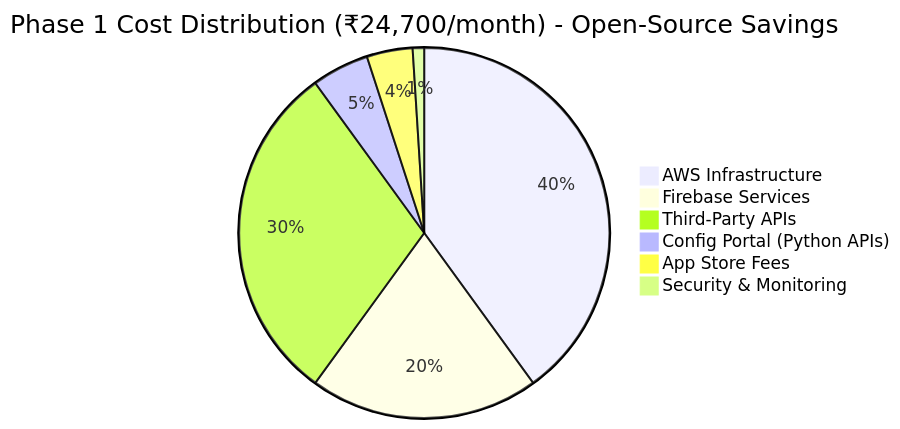
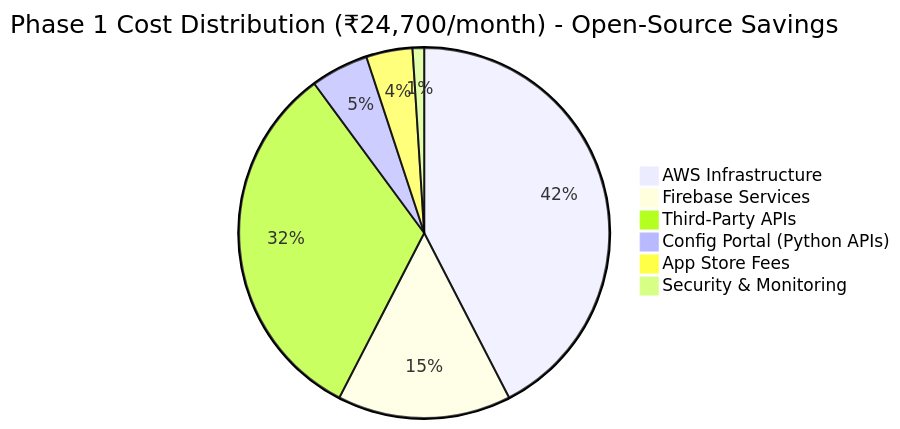
Diagram 16 of 18 in discovery/deployment-design.md (manizvlabs/agentmitra), drawn with Mermaid before and after one commit. The commit also changed other lines of this file, not shown here.

First line of the commit message:
fix: replace all Amazon Cognito and Firebase Auth references with Custom OAuth2/JWT Service

````diff
--- a/discovery/deployment-design.md
+++ b/discovery/deployment-design.md
@@ -3042,9 +3042,9 @@
 ```mermaid
 pie title Phase 1 Cost Distribution (₹24,700/month) - Open-Source Savings
-    "AWS Infrastructure" : 40
-    "Firebase Services" : 20
-    "Third-Party APIs" : 30
+    "AWS Infrastructure" : 42
+    "Firebase Services" : 15
+    "Third-Party APIs" : 32
     "Config Portal (Python APIs)" : 5
     "App Store Fees" : 4
     "Security & Monitoring" : 1
 ```
````
